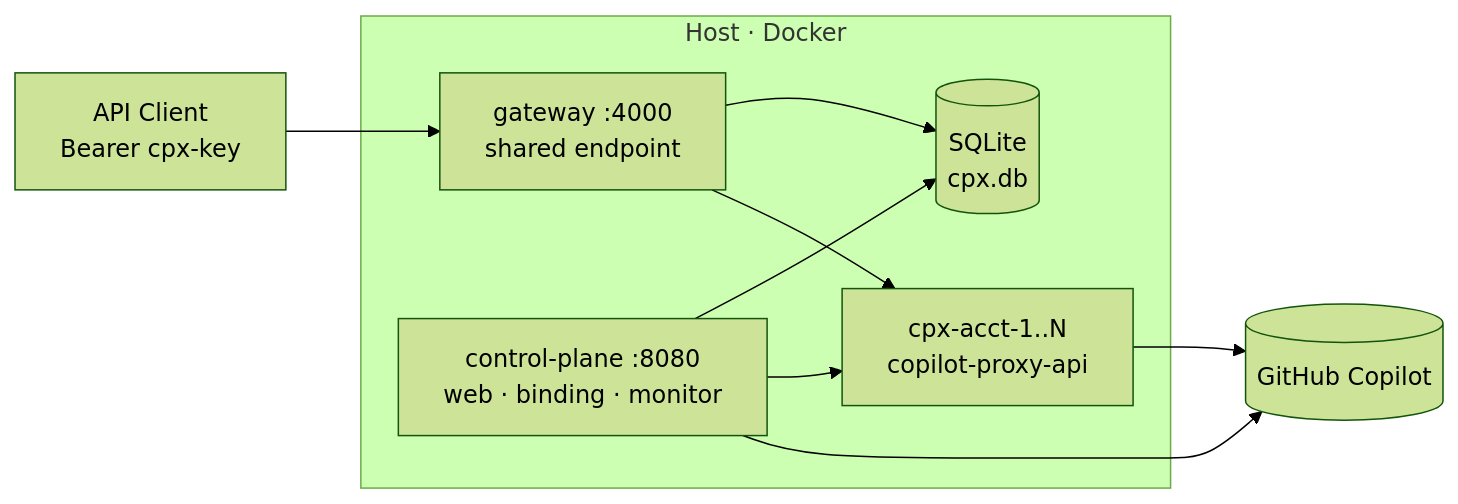
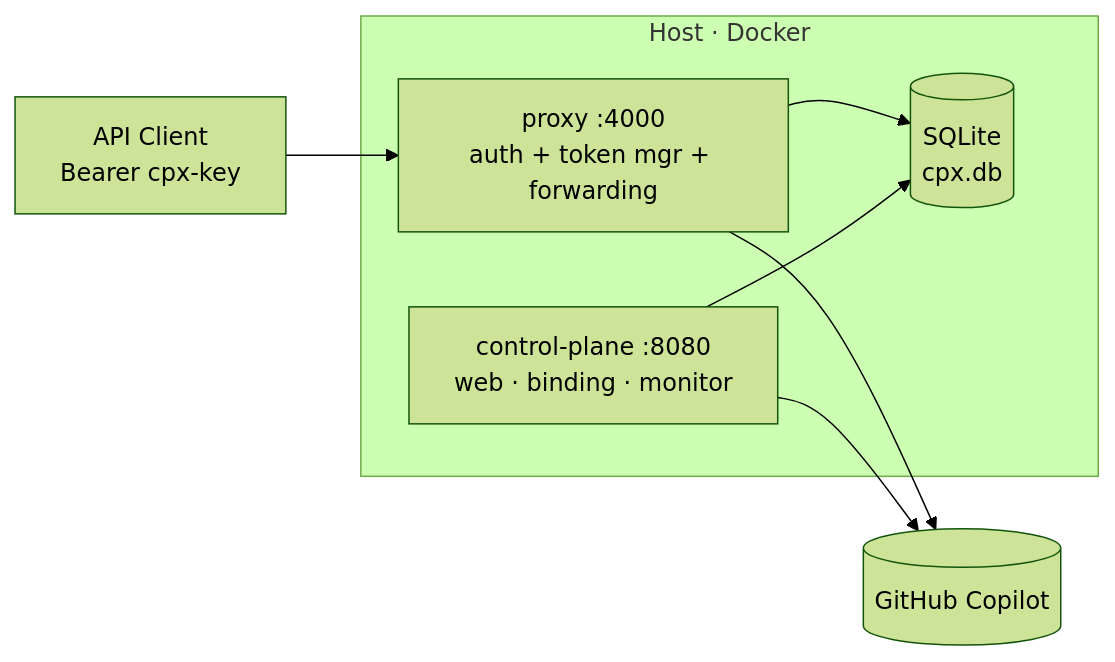
One commit to xxinine/github-copilot-proxy changed the first of 2 diagrams in README.md. Above: the diagram before and after it, drawn with Mermaid (forest theme). The commit also changed other lines of this file and 111 other files, not shown here.

First line of the commit message:
Fork copilot-proxy-api into a single-process multi-tenant proxy

````diff
--- a/README.md
+++ b/README.md
@@ -12,21 +16,18 @@
 ```mermaid
 flowchart LR
     client[API Client<br/>Bearer cpx-key]
 
     subgraph host[Host · Docker]
-        gateway[gateway :4000<br/>shared endpoint]
+        proxy[proxy :4000<br/>auth + token mgr + forwarding]
         cp[control-plane :8080<br/>web · binding · monitor]
         db[(SQLite<br/>cpx.db)]
-        accts[cpx-acct-1..N<br/>copilot-proxy-api]
     end
 
     github[(GitHub Copilot)]
 
-    client --> gateway
-    gateway --> db
-    gateway --> accts
+    client --> proxy
+    proxy --> db
+    proxy --> github
     cp --> db
-    cp --> accts
     cp --> github
-    accts --> github
 ```
````
